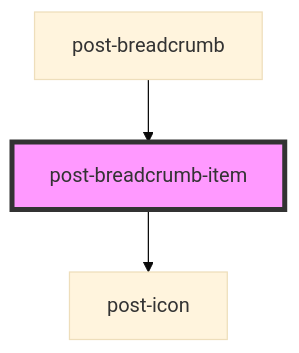
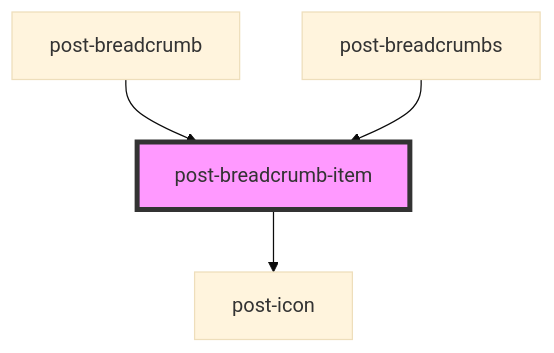
One commit to swisspost/design-system changed the diagram in packages/components/src/components/post-breadcrumb-item/readme.md. Above: the diagram before and after it, drawn with Mermaid (base theme). The commit also changed other lines of this file and 6 other files, not shown here.

````diff
--- a/packages/components/src/components/post-breadcrumb-item/readme.md
+++ b/packages/components/src/components/post-breadcrumb-item/readme.md
@@ -33,6 +34,7 @@
 ```mermaid
 graph TD;
   post-breadcrumb-item --> post-icon
   post-breadcrumb --> post-breadcrumb-item
+  post-breadcrumbs --> post-breadcrumb-item
   style post-breadcrumb-item fill:#f9f,stroke:#333,stroke-width:4px
 ```
````
